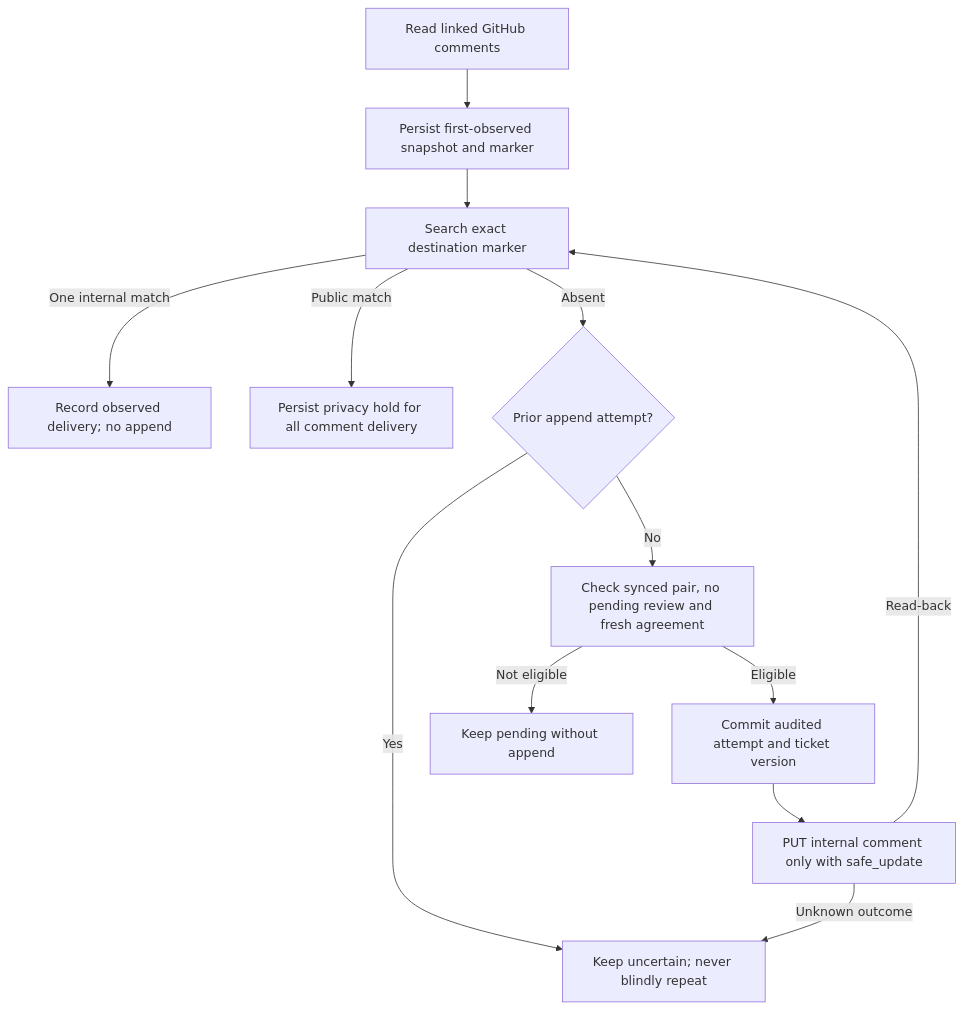
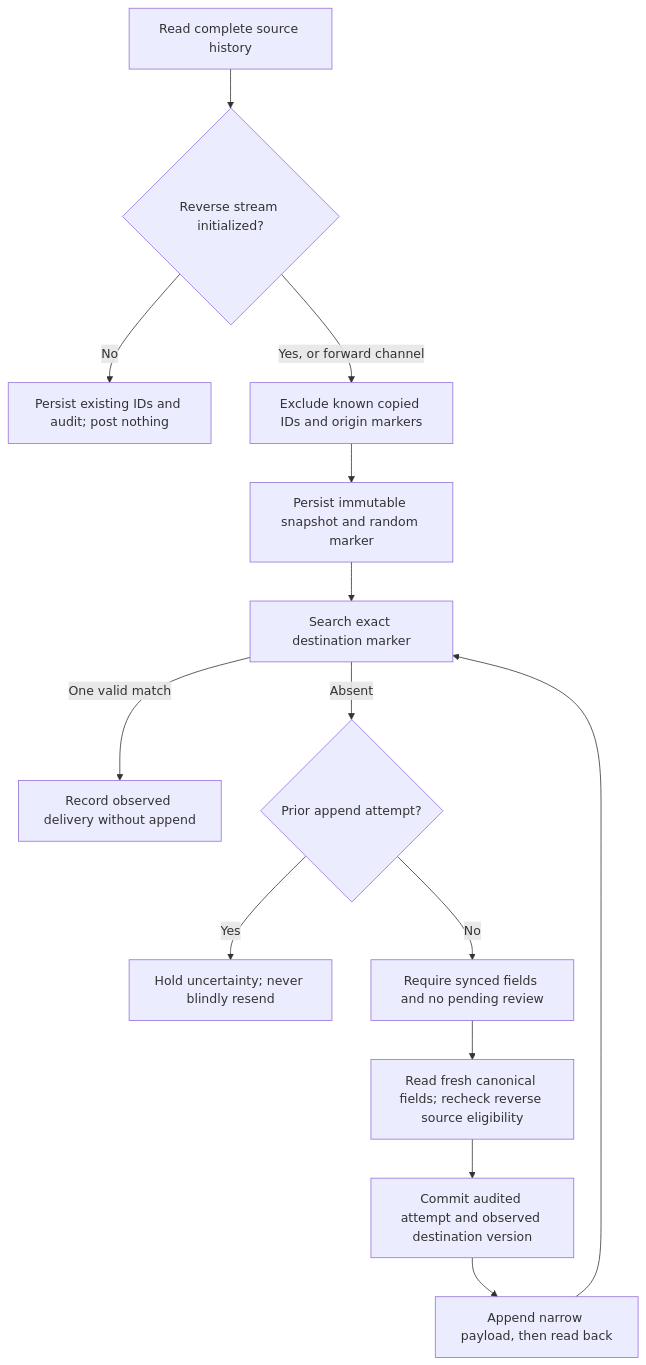
The diagram in docs/COMMENTS.md (AlbertFlorescu/support-bridge), drawn with Mermaid before and after one commit. The commit also changed other lines of this file and 72 other files, not shown here.

````diff
--- a/docs/COMMENTS.md
+++ b/docs/COMMENTS.md
@@ -23,15 +44,16 @@
 ```mermaid
 flowchart TD
-    A["Read linked GitHub comments"] --> B["Persist first-observed snapshot and marker"]
-    B --> Find["Search exact destination marker"]
-    Find -->|"One internal match"| Delivered["Record observed delivery; no append"]
-    Find -->|"Public match"| Privacy["Persist privacy hold for all comment delivery"]
-    Find -->|"Absent"| Attempted{"Prior append attempt?"}
-    Attempted -->|"Yes"| Uncertain["Keep uncertain; never blindly repeat"]
-    Attempted -->|"No"| Gate["Check synced pair, no pending review and fresh agreement"]
-    Gate -->|"Not eligible"| Waiting["Keep pending without append"]
-    Gate -->|"Eligible"| Attempt["Commit audited attempt and ticket version"]
-    Attempt --> Append["PUT internal comment only with safe_update"]
-    Append -->|"Read-back"| Find
-    Append -->|"Unknown outcome"| Uncertain
+    Source["Read complete source history"] --> Start{"Reverse stream initialized?"}
+    Start -->|"No"| Cutover["Persist existing IDs and audit; post nothing"]
+    Start -->|"Yes, or forward channel"| Origin["Exclude known copied IDs and origin markers"]
+    Origin --> Snapshot["Persist immutable snapshot and random marker"]
+    Snapshot --> Lookup["Search exact destination marker"]
+    Lookup -->|"One valid match"| Delivered["Record observed delivery without append"]
+    Lookup -->|"Absent"| Attempted{"Prior append attempt?"}
+    Attempted -->|"Yes"| Uncertain["Hold uncertainty; never blindly resend"]
+    Attempted -->|"No"| Gate["Require synced fields and no pending review"]
+    Gate --> Fresh["Read fresh canonical fields; recheck reverse source eligibility"]
+    Fresh --> Audit["Commit audited attempt and observed destination version"]
+    Audit --> Append["Append narrow payload, then read back"]
+    Append --> Lookup
 ```
````
